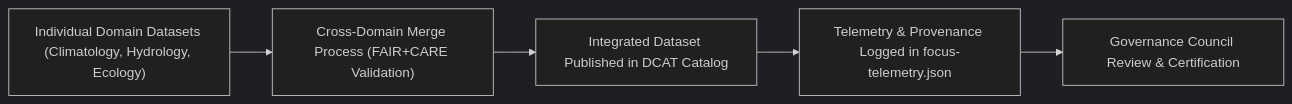
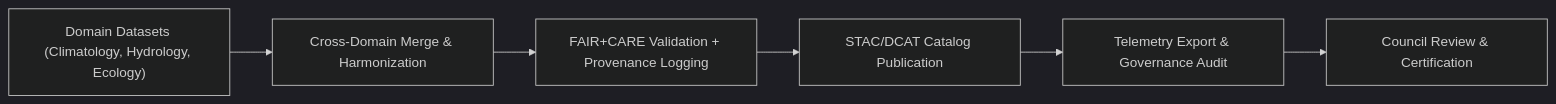
One commit to bartytime4life/Kansas-Frontier-Matrix changed the diagram in docs/analyses/cross-domain/datasets/README.md. Above: the diagram before and after it, drawn with Mermaid (dark theme). The commit also changed other lines of this file, not shown here.

````diff
--- a/docs/analyses/cross-domain/datasets/README.md
+++ b/docs/analyses/cross-domain/datasets/README.md
@@ -126,7 +128,8 @@
 ```mermaid
 flowchart LR
-A["Individual Domain Datasets (Climatology, Hydrology, Ecology)"] --> B["Cross-Domain Merge Process (FAIR+CARE Validation)"]
-B --> C["Integrated Dataset Published in DCAT Catalog"]
-C --> D["Telemetry & Provenance Logged in focus-telemetry.json"]
-D --> E["Governance Council Review & Certification"]
+A["Domain Datasets (Climatology, Hydrology, Ecology)"] --> B["Cross-Domain Merge & Harmonization"]
+B --> C["FAIR+CARE Validation + Provenance Logging"]
+C --> D["STAC/DCAT Catalog Publication"]
+D --> E["Telemetry Export & Governance Audit"]
+E --> F["Council Review & Certification"]
 ```
````
